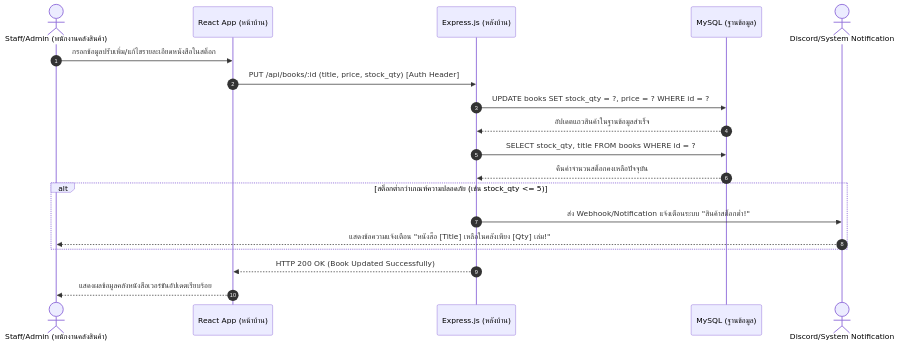
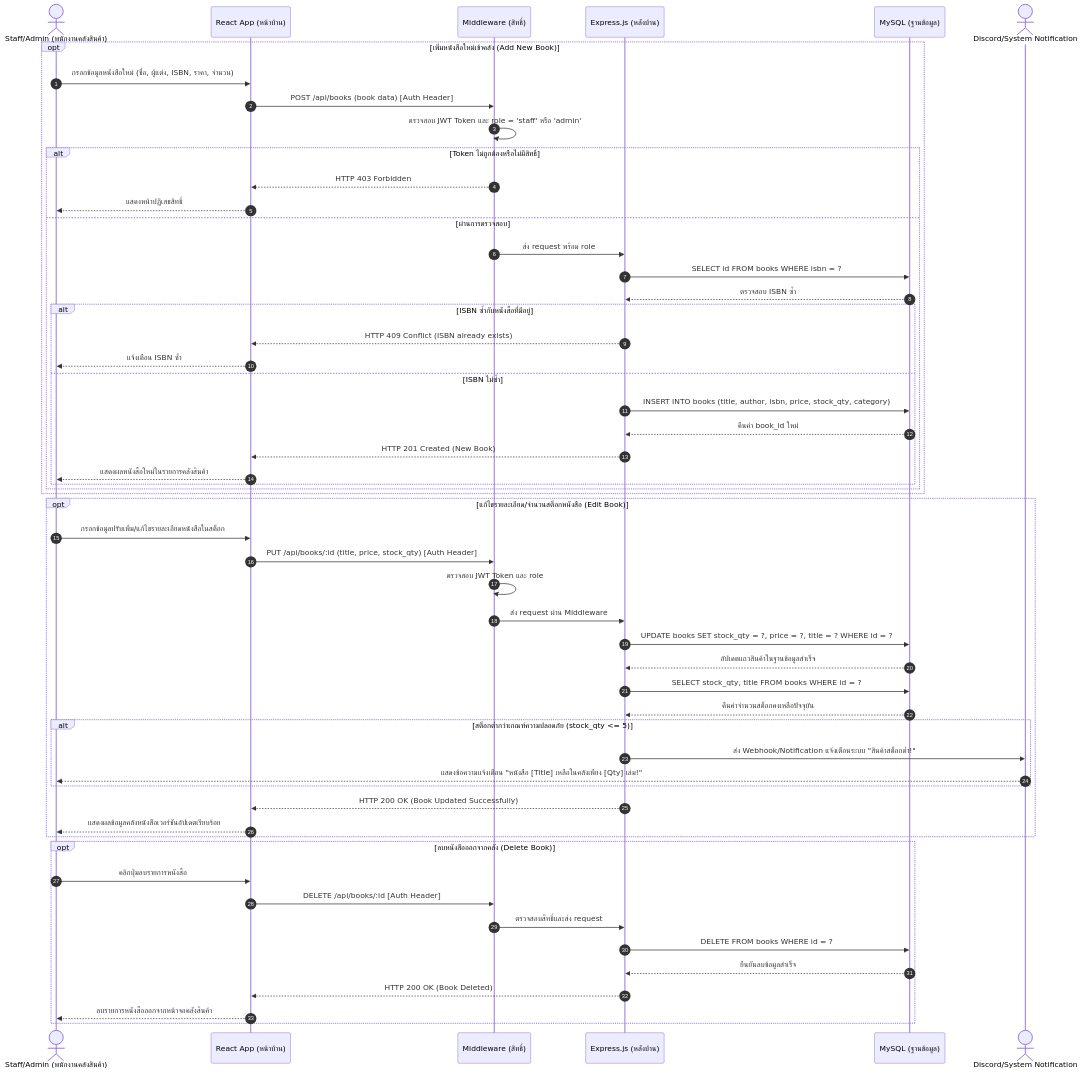
Before and after one commit to SupvichSpuGM/online-bookstore: the eighth of 13 diagrams in Diagram.md, drawn with Mermaid. The commit also changed other lines of this file and 1 other file, not shown here.

````diff
--- a/Diagram.md
+++ b/Diagram.md
@@ -399,25 +488,60 @@
 ```mermaid
 sequenceDiagram
     autonumber
     actor Staff as Staff/Admin (พนักงานคลังสินค้า)
     participant Client as React App (หน้าบ้าน)
+    participant AuthMW as Middleware (สิทธิ์)
     participant API as Express.js (หลังบ้าน)
     participant DB as MySQL (ฐานข้อมูล)
     actor Discord as Discord/System Notification
 
-    Staff->>Client: กรอกข้อมูลปรับเพิ่ม/แก้ไขรายละเอียดหนังสือในสต็อก
-    Client->>API: PUT /api/books/:id (title, price, stock_qty) [Auth Header]
-    API->>DB: UPDATE books SET stock_qty = ?, price = ? WHERE id = ?
-    DB-->>API: อัปเดตแถวสินค้าในฐานข้อมูลสำเร็จ
-
-    API->>DB: SELECT stock_qty, title FROM books WHERE id = ?
-    DB-->>API: คืนค่าจำนวนสต็อกคงเหลือปัจจุบัน
-    
-    alt สต็อกต่ำกว่าเกณฑ์ความปลอดภัย (เช่น stock_qty <= 5)
-        API->>Discord: ส่ง Webhook/Notification แจ้งเตือนระบบ "สินค้าสต็อกต่ำ!"
-        Discord-->>Staff: แสดงข้อความแจ้งเตือน "หนังสือ [Title] เหลือในคลังเพียง [Qty] เล่ม!"
+    opt เพิ่มหนังสือใหม่เข้าคลัง (Add New Book)
+        Staff->>Client: กรอกข้อมูลหนังสือใหม่ (ชื่อ, ผู้แต่ง, ISBN, ราคา, จำนวน)
+        Client->>AuthMW: POST /api/books (book data) [Auth Header]
+        AuthMW->>AuthMW: ตรวจสอบ JWT Token และ role = 'staff' หรือ 'admin'
+        alt Token ไม่ถูกต้องหรือไม่มีสิทธิ์
+            AuthMW-->>Client: HTTP 403 Forbidden
+            Client-->>Staff: แสดงหน้าปฏิเสธสิทธิ์
+        else ผ่านการตรวจสอบ
+            AuthMW->>API: ส่ง request พร้อม role
+            API->>DB: SELECT id FROM books WHERE isbn = ?
+            DB-->>API: ตรวจสอบ ISBN ซ้ำ
+            alt ISBN ซ้ำกับหนังสือที่มีอยู่
+                API-->>Client: HTTP 409 Conflict (ISBN already exists)
+                Client-->>Staff: แจ้งเตือน ISBN ซ้ำ
+            else ISBN ไม่ซ้ำ
+                API->>DB: INSERT INTO books (title, author, isbn, price, stock_qty, category)
+                DB-->>API: คืนค่า book_id ใหม่
+                API-->>Client: HTTP 201 Created (New Book)
+                Client-->>Staff: แสดงผลหนังสือใหม่ในรายการคลังสินค้า
+            end
+        end
     end
 
-    API-->>Client: HTTP 200 OK (Book Updated Successfully)
-    Client-->>Staff: แสดงผลข้อมูลคลังหนังสือเวอร์ชันอัปเดตเรียบร้อย
+    opt แก้ไขรายละเอียด/จำนวนสต็อกหนังสือ (Edit Book)
+        Staff->>Client: กรอกข้อมูลปรับเพิ่ม/แก้ไขรายละเอียดหนังสือในสต็อก
+        Client->>AuthMW: PUT /api/books/:id (title, price, stock_qty) [Auth Header]
+        AuthMW->>AuthMW: ตรวจสอบ JWT Token และ role
+        AuthMW->>API: ส่ง request ผ่าน Middleware
+        API->>DB: UPDATE books SET stock_qty = ?, price = ?, title = ? WHERE id = ?
+        DB-->>API: อัปเดตแถวสินค้าในฐานข้อมูลสำเร็จ
+        API->>DB: SELECT stock_qty, title FROM books WHERE id = ?
+        DB-->>API: คืนค่าจำนวนสต็อกคงเหลือปัจจุบัน
+        alt สต็อกต่ำกว่าเกณฑ์ความปลอดภัย (stock_qty <= 5)
+            API->>Discord: ส่ง Webhook/Notification แจ้งเตือนระบบ "สินค้าสต็อกต่ำ!"
+            Discord-->>Staff: แสดงข้อความแจ้งเตือน "หนังสือ [Title] เหลือในคลังเพียง [Qty] เล่ม!"
+        end
+        API-->>Client: HTTP 200 OK (Book Updated Successfully)
+        Client-->>Staff: แสดงผลข้อมูลคลังหนังสือเวอร์ชันอัปเดตเรียบร้อย
+    end
+
+    opt ลบหนังสือออกจากคลัง (Delete Book)
+        Staff->>Client: คลิกปุ่มลบรายการหนังสือ
+        Client->>AuthMW: DELETE /api/books/:id [Auth Header]
+        AuthMW->>API: ตรวจสอบสิทธิ์และส่ง request
+        API->>DB: DELETE FROM books WHERE id = ?
+        DB-->>API: ยืนยันลบข้อมูลสำเร็จ
+        API-->>Client: HTTP 200 OK (Book Deleted)
+        Client-->>Staff: ลบรายการหนังสือออกจากหน้าจอคลังสินค้า
+    end
 ```
````
